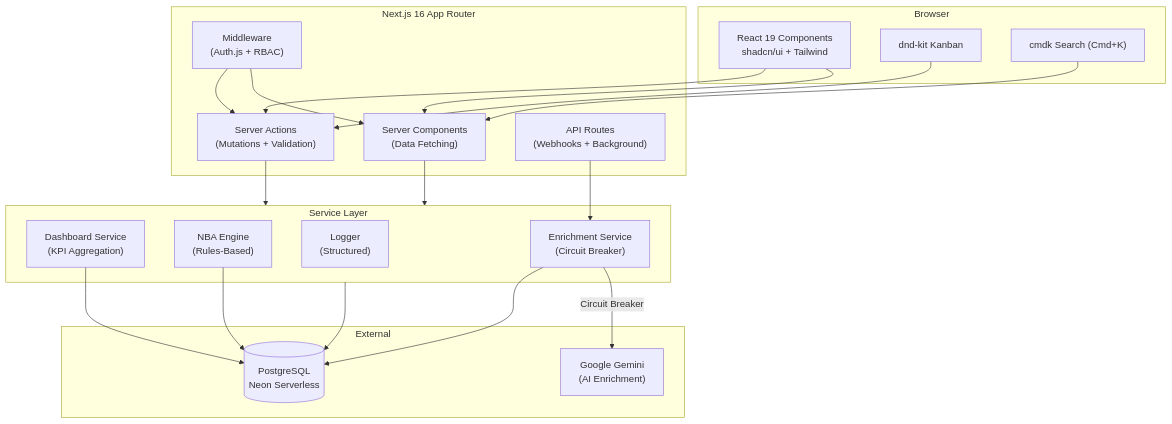
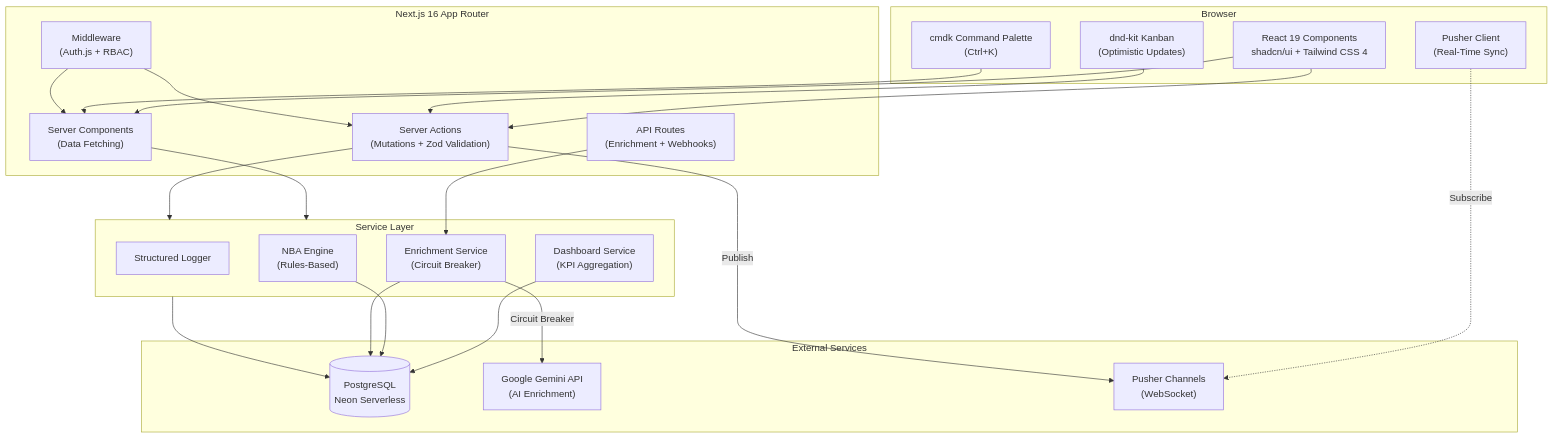
One commit to null-runner/Demo-RedStones changed the diagram in README.md. Above: the diagram before and after it, drawn with Mermaid. The commit also changed other lines of this file, not shown here.

First line of the commit message:
docs(readme): update features, architecture and test coverage

````diff
--- a/README.md
+++ b/README.md
@@ -23,42 +95,46 @@
 ```mermaid
 graph TB
     subgraph Client["Browser"]
-        UI["React 19 Components<br/>shadcn/ui + Tailwind"]
-        DnD["dnd-kit Kanban"]
-        Search["cmdk Search (Cmd+K)"]
+        UI["React 19 Components<br/>shadcn/ui + Tailwind CSS 4"]
+        DnD["dnd-kit Kanban<br/>(Optimistic Updates)"]
+        RT["Pusher Client<br/>(Real-Time Sync)"]
+        Search["cmdk Command Palette<br/>(Ctrl+K)"]
     end
 
     subgraph NextJS["Next.js 16 App Router"]
         SC["Server Components<br/>(Data Fetching)"]
-        SA["Server Actions<br/>(Mutations + Validation)"]
+        SA["Server Actions<br/>(Mutations + Zod Validation)"]
         MW["Middleware<br/>(Auth.js + RBAC)"]
-        API["API Routes<br/>(Webhooks + Background)"]
+        API["API Routes<br/>(Enrichment + Webhooks)"]
     end
 
     subgraph Services["Service Layer"]
         DS["Dashboard Service<br/>(KPI Aggregation)"]
         NBA["NBA Engine<br/>(Rules-Based)"]
         ES["Enrichment Service<br/>(Circuit Breaker)"]
-        LS["Logger<br/>(Structured)"]
+        LS["Structured Logger"]
     end
 
-    subgraph External["External"]
+    subgraph External["External Services"]
         DB[("PostgreSQL<br/>Neon Serverless")]
-        Gemini["Google Gemini<br/>(AI Enrichment)"]
+        Gemini["Google Gemini API<br/>(AI Enrichment)"]
+        Pusher["Pusher Channels<br/>(WebSocket)"]
     end
 
     UI --> SC
     UI --> SA
     DnD --> SA
     Search --> SC
+    RT -.->|Subscribe| Pusher
     SC --> Services
     SA --> Services
+    SA -->|Publish| Pusher
     API --> ES
     MW --> SC
     MW --> SA
     DS --> DB
     NBA --> DB
     ES -->|Circuit Breaker| Gemini
     ES --> DB
     Services --> DB
 ```
````
